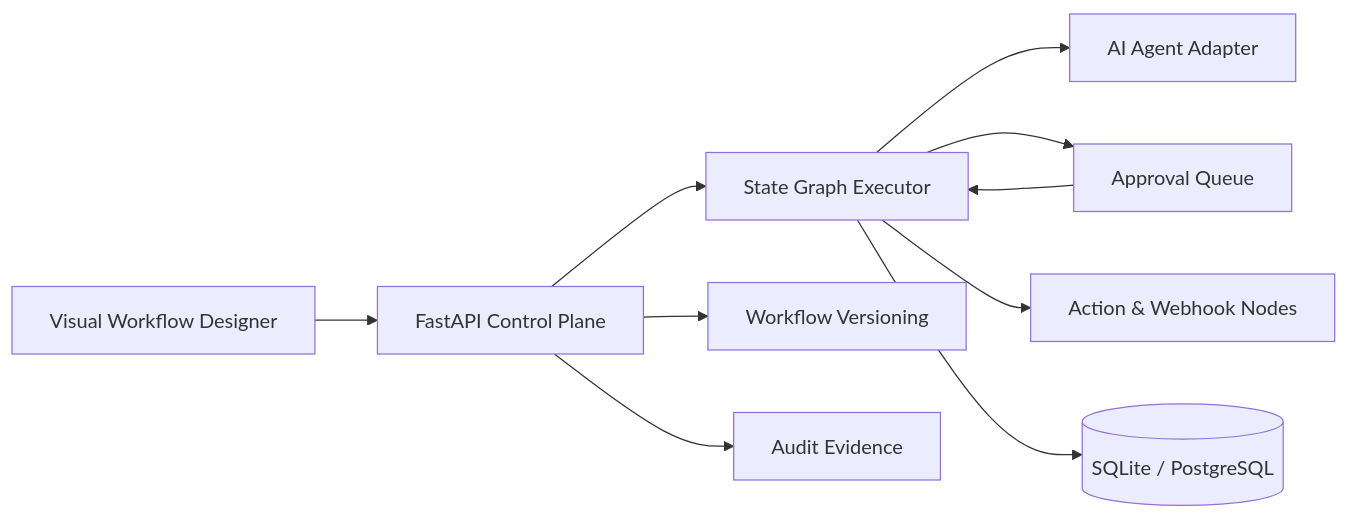
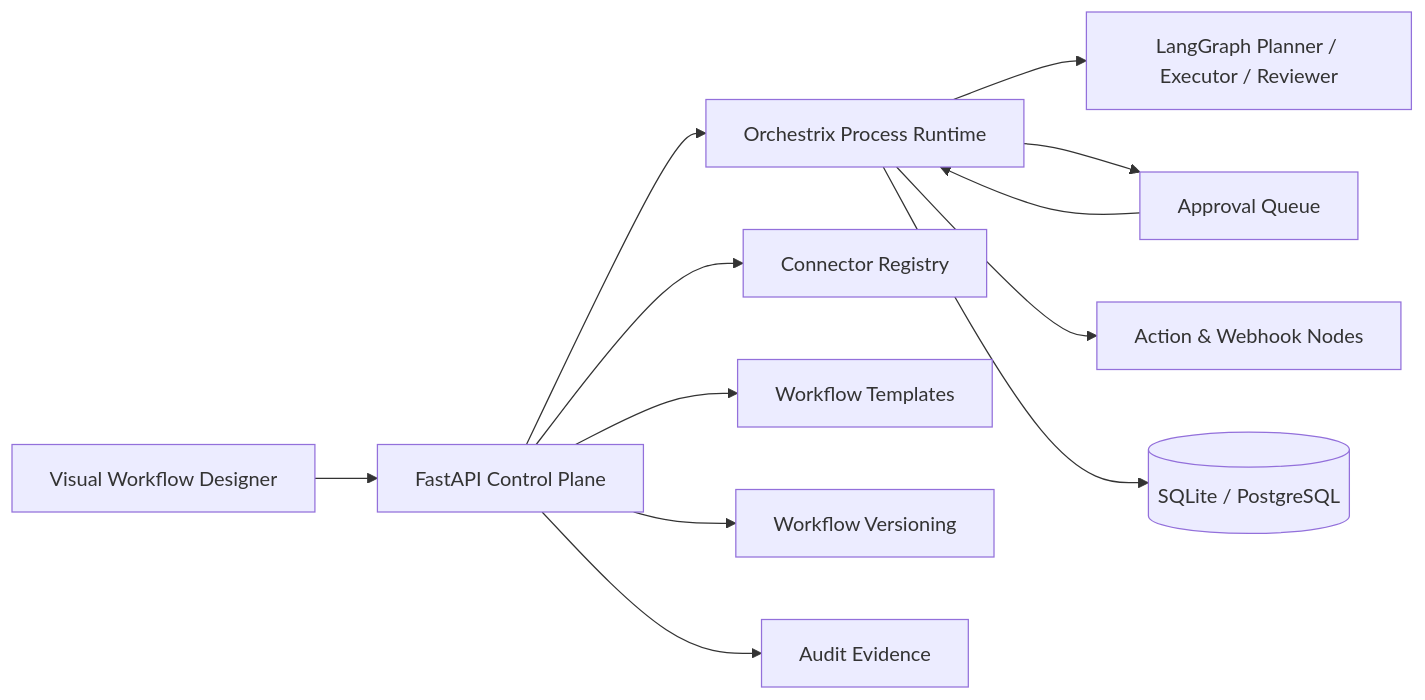
Before and after one commit to fullstackwithai/orchestrix-ai: the diagram in README.md, drawn with Mermaid. The commit also changed other lines of this file, not shown here.

Commit message:
Promote Orchestrix Phase 2 flagship architecture

````diff
--- a/README.md
+++ b/README.md
@@ -42,12 +46,14 @@
 ```mermaid
 flowchart LR
     UI[Visual Workflow Designer] --> API[FastAPI Control Plane]
-    API --> Engine[State Graph Executor]
-    Engine --> AI[AI Agent Adapter]
+    API --> Engine[Orchestrix Process Runtime]
+    Engine --> LG[LangGraph Planner / Executor / Reviewer]
     Engine --> Human[Approval Queue]
     Engine --> Actions[Action & Webhook Nodes]
     Engine --> DB[(SQLite / PostgreSQL)]
+    API --> Connectors[Connector Registry]
+    API --> Templates[Workflow Templates]
     API --> Versions[Workflow Versioning]
     API --> Audit[Audit Evidence]
     Human --> Engine
 ```
````
